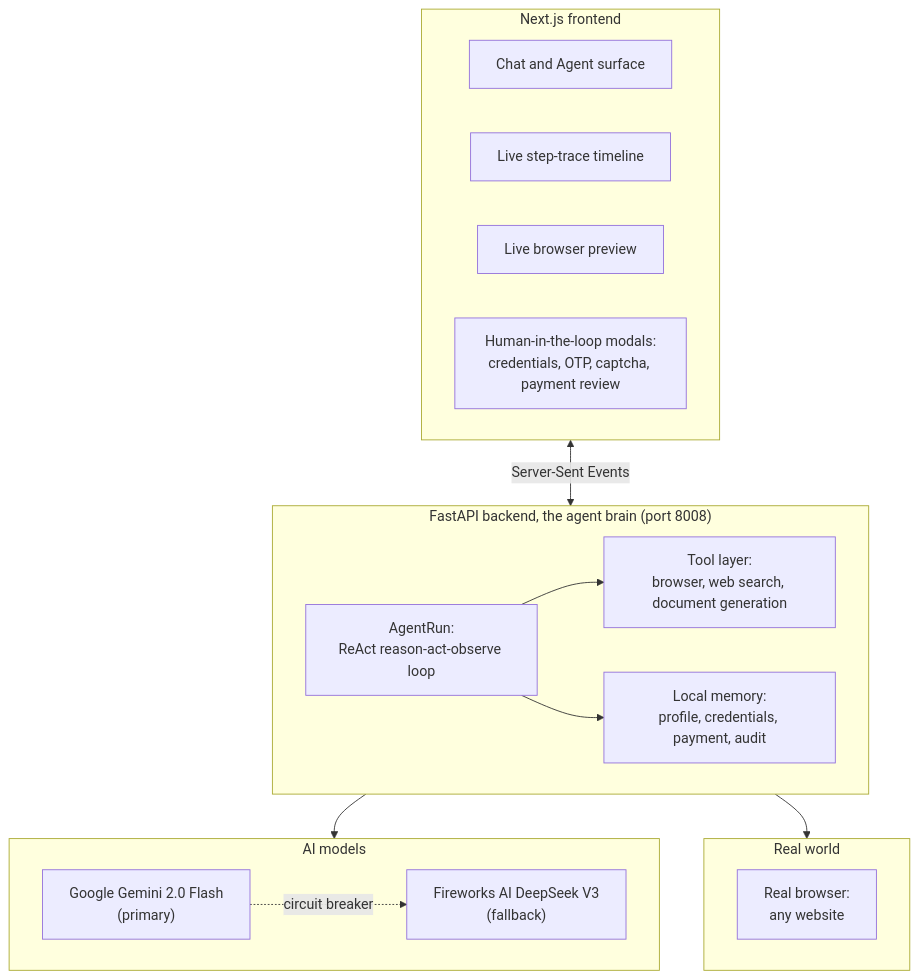
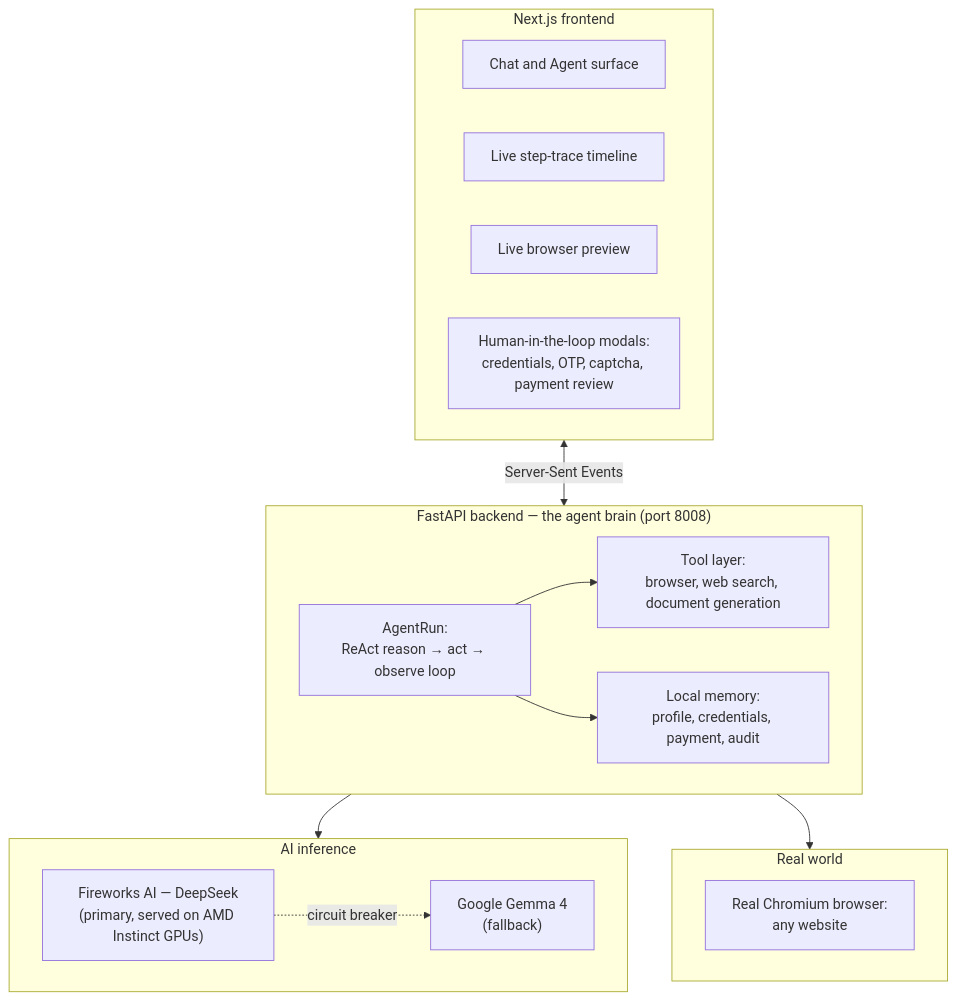
Before and after one commit to SalihAwesome/Clark-main: the first of 2 diagrams in README.md, drawn with Mermaid. The commit also changed other lines of this file and 8 other files, not shown here.

````diff
--- a/README.md
+++ b/README.md
@@ -61,35 +119,35 @@
 ```mermaid
 flowchart TB
   subgraph UI["Next.js frontend"]
     direction LR
     Chat["Chat and Agent surface"]
     Trace["Live step-trace timeline"]
     Preview["Live browser preview"]
     Gates["Human-in-the-loop modals:<br/>credentials, OTP, captcha, payment review"]
   end
 
-  subgraph API["FastAPI backend, the agent brain (port 8008)"]
+  subgraph API["FastAPI backend — the agent brain (port 8008)"]
     direction LR
-    Loop["AgentRun:<br/>ReAct reason-act-observe loop"]
+    Loop["AgentRun:<br/>ReAct reason → act → observe loop"]
     ToolLayer["Tool layer:<br/>browser, web search, document generation"]
     Stores["Local memory:<br/>profile, credentials, payment, audit"]
   end
 
-  subgraph LLM["AI models"]
+  subgraph LLM["AI inference"]
     direction LR
-    Gemini["Google Gemini 2.0 Flash<br/>(primary)"]
-    FW["Fireworks AI DeepSeek V3<br/>(fallback)"]
+    FW["Fireworks AI — DeepSeek<br/>(primary, served on AMD Instinct GPUs)"]
+    Gemma["Google Gemma 4<br/>(fallback)"]
   end
 
   subgraph RealWorld["Real world"]
     direction LR
-    Browser["Real browser:<br/>any website"]
+    Browser["Real Chromium browser:<br/>any website"]
   end
 
   UI <-->|"Server-Sent Events"| API
   Loop --> LLM
   Loop --> ToolLayer
   ToolLayer --> Browser
   Loop --> Stores
-  Gemini -.->|"circuit breaker"| FW
+  FW -.->|"circuit breaker"| Gemma
 ```
````
